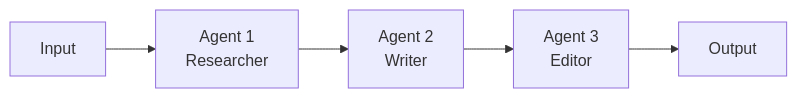
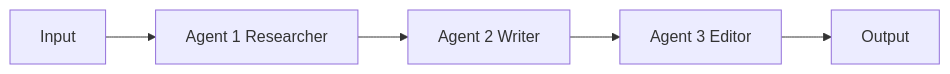
Before and after one commit to mjac-yue/ai-architecture-for-pms: the second of 6 diagrams in module-09-multi-agent-architecture.md, drawn with Mermaid. The commit also changed other lines of this file and 15 other files, not shown here.

First line of the commit message:
Remove HTML tags from Mermaid node labels for Obsidian compatibility

````diff
--- a/module-09-multi-agent-architecture.md
+++ b/module-09-multi-agent-architecture.md
@@ -64,4 +64,4 @@
 ```mermaid
 flowchart LR
-    I["Input"] --> A1["Agent 1<br>Researcher"] --> A2["Agent 2<br>Writer"] --> A3["Agent 3<br>Editor"] --> O["Output"]
+    I["Input"] --> A1["Agent 1 Researcher"] --> A2["Agent 2 Writer"] --> A3["Agent 3 Editor"] --> O["Output"]
 ```
````
